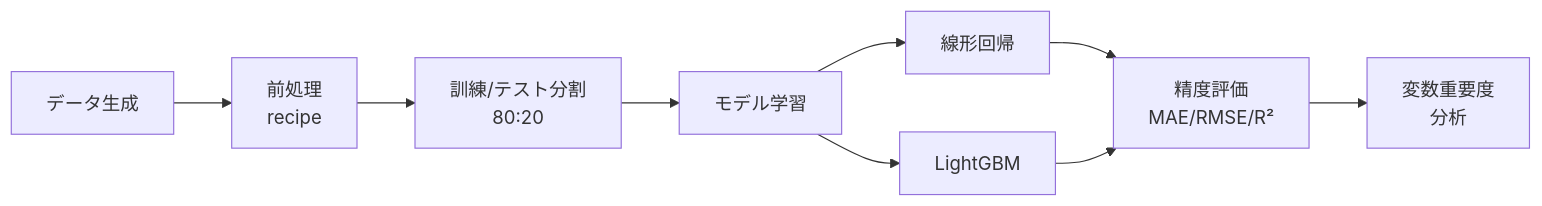
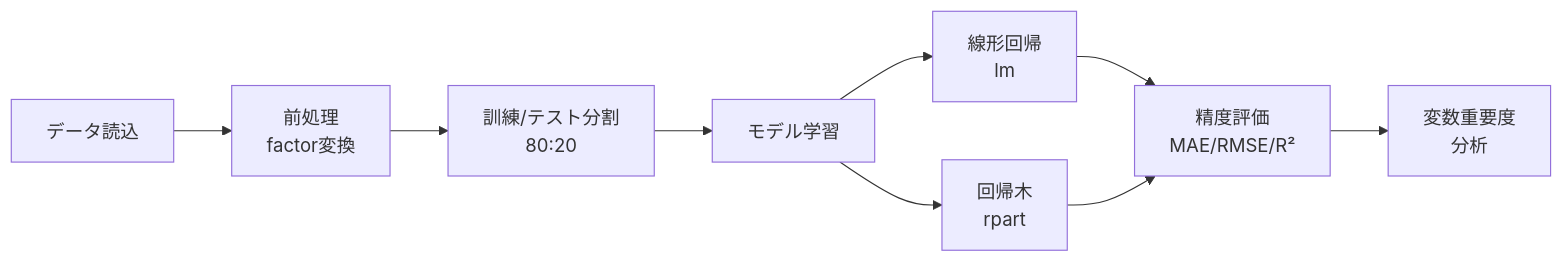
Before and after one commit to tkdhss111/seminar-research: the second of 2 diagrams in 03_分析手法.qmd, drawn with Mermaid. The commit also changed other lines of this file and 11 other files, not shown here.

````diff
--- a/03_分析手法.qmd
+++ b/03_分析手法.qmd
@@ -104,13 +102,13 @@
 ```{mermaid}
 %%| label: fig-pipeline
 %%| fig-cap: "分析パイプライン"
 flowchart LR
-    A[データ生成] --> B[前処理<br>recipe]
+    A[データ読込] --> B[前処理<br>factor変換]
     B --> C[訓練/テスト分割<br>80:20]
     C --> D[モデル学習]
-    D --> E1[線形回帰]
-    D --> E2[LightGBM]
+    D --> E1[線形回帰<br>lm]
+    D --> E2[回帰木<br>rpart]
     E1 --> F[精度評価<br>MAE/RMSE/R²]
     E2 --> F
     F --> G[変数重要度<br>分析]
 ```
````
